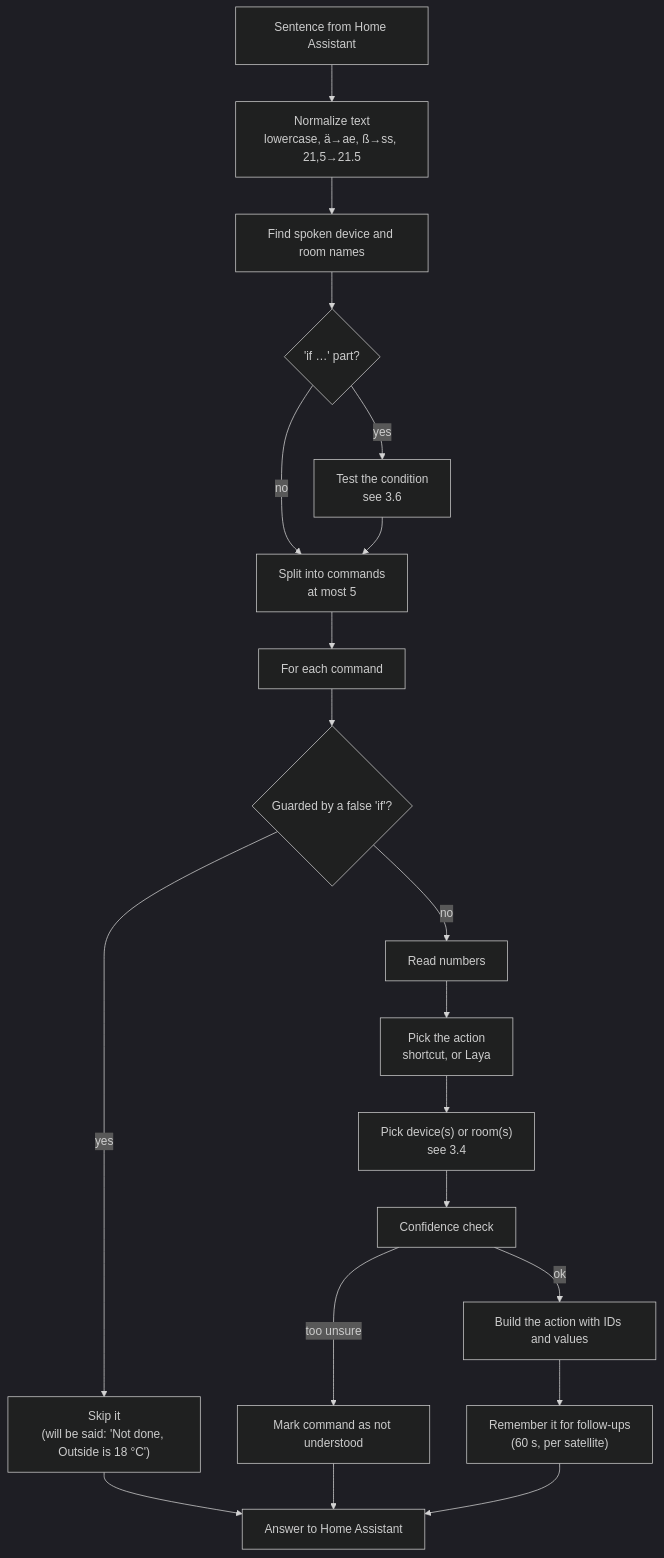
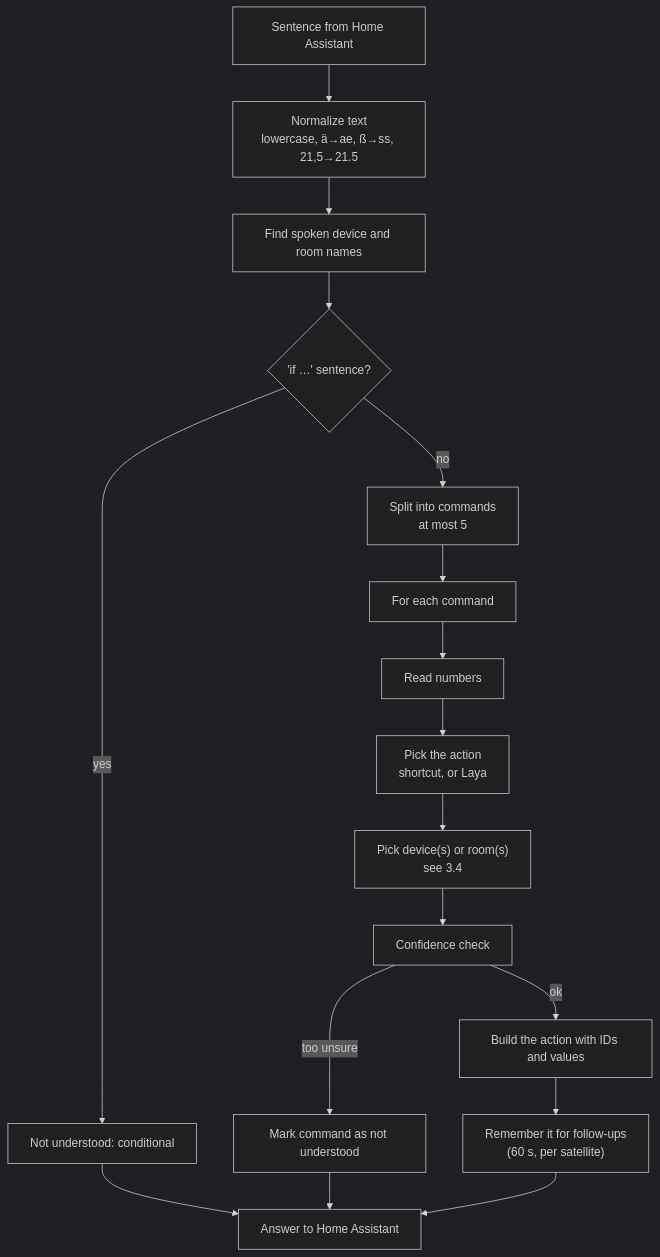
Before and after one commit to d00kIe/assist-decider: the third of 6 diagrams in HOW-IT-WORKS.md, drawn with Mermaid (dark theme). The commit also changed other lines of this file and 21 other files, not shown here.

````diff
--- a/HOW-IT-WORKS.md
+++ b/HOW-IT-WORKS.md
@@ -270,22 +266,19 @@
 ```mermaid
 flowchart TD
     A["Sentence from Home Assistant"] --> B["Normalize text<br/>lowercase, ä→ae, ß→ss, 21,5→21.5"]
     B --> C["Find spoken device and room names"]
-    C --> D{"'if …' part?"}
-    D -- yes --> E["Test the condition<br/>see 3.6"]
-    D -- no --> F
-    E --> F["Split into commands<br/>at most 5"]
+    C --> D{"'if …' sentence?"}
+    D -- yes --> X["Not understood: conditional"]
+    D -- no --> F["Split into commands<br/>at most 5"]
     F --> G["For each command"]
-    G --> G1{"Guarded by a false 'if'?"}
-    G1 -- yes --> SK["Skip it<br/>(will be said: 'Not done, Outside is 18 °C')"]
-    G1 -- no --> H["Read numbers"]
+    G --> H["Read numbers"]
     H --> I["Pick the action<br/>shortcut, or Laya"]
     I --> J["Pick device(s) or room(s)<br/>see 3.4"]
     J --> K["Confidence check"]
     K -- "too unsure" --> U["Mark command as not understood"]
     K -- ok --> L["Build the action with IDs and values"]
     L --> M["Remember it for follow-ups<br/>(60 s, per satellite)"]
-    SK --> R
+    X --> R
     U --> R
     M --> R["Answer to Home Assistant"]
 ```
````
